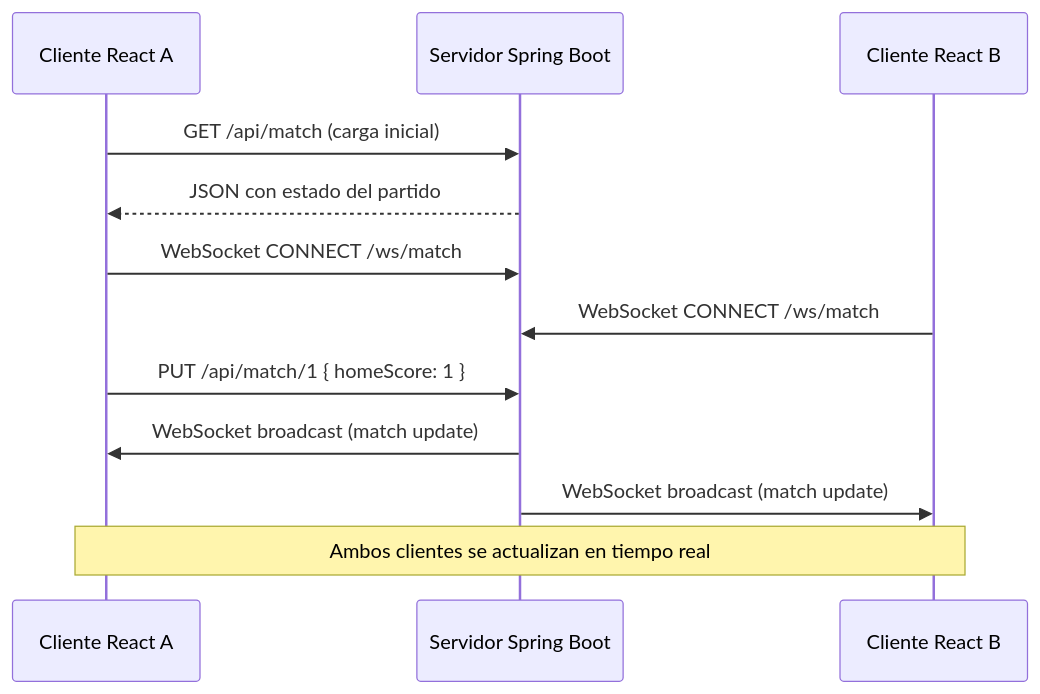
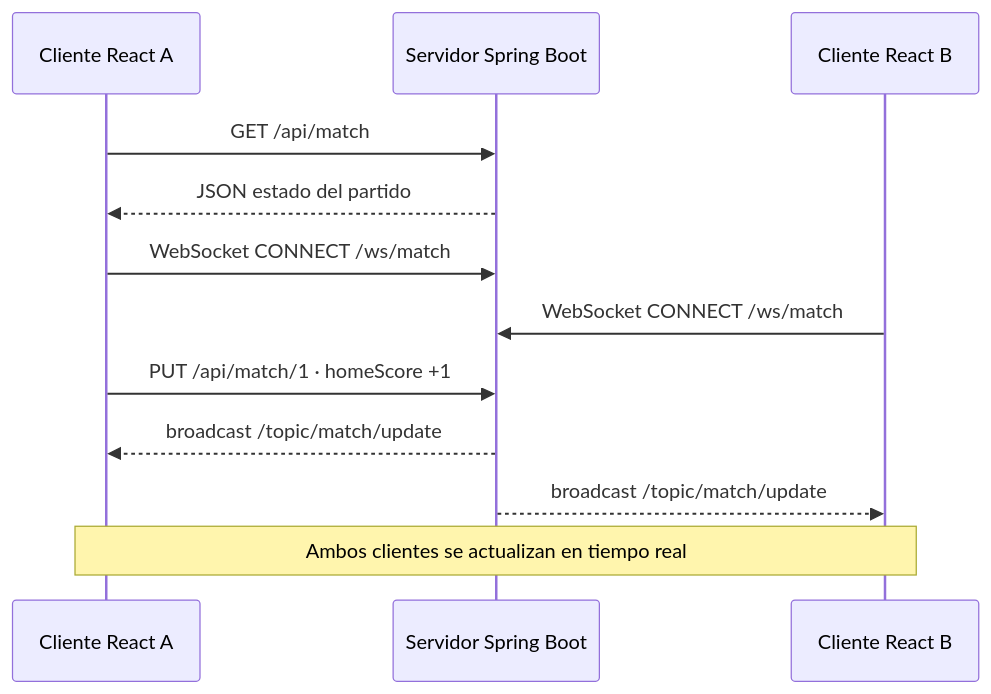
The fifth of 5 diagrams in docs/docs/architecture.md (greciasaucedo/spring-boot-1), drawn with Mermaid before and after one commit. The commit also changed other lines of this file, not shown here.

Commit message:
Restore C4 diagrams with shorter labels

````diff
--- a/docs/docs/architecture.md
+++ b/docs/docs/architecture.md
@@ -122,18 +118,18 @@
 ```mermaid
 sequenceDiagram
     participant A as Cliente React A
     participant S as Servidor Spring Boot
     participant B as Cliente React B
 
-    A->>S: GET /api/match (carga inicial)
-    S-->>A: JSON con estado del partido
+    A->>S: GET /api/match
+    S-->>A: JSON estado del partido
 
     A->>S: WebSocket CONNECT /ws/match
     B->>S: WebSocket CONNECT /ws/match
 
-    A->>S: PUT /api/match/1 { homeScore: 1 }
-    S->>A: WebSocket broadcast (match update)
-    S->>B: WebSocket broadcast (match update)
+    A->>S: PUT /api/match/1 · homeScore +1
+    S-->>A: broadcast /topic/match/update
+    S-->>B: broadcast /topic/match/update
 
     Note over A,B: Ambos clientes se actualizan en tiempo real
 ```
````
